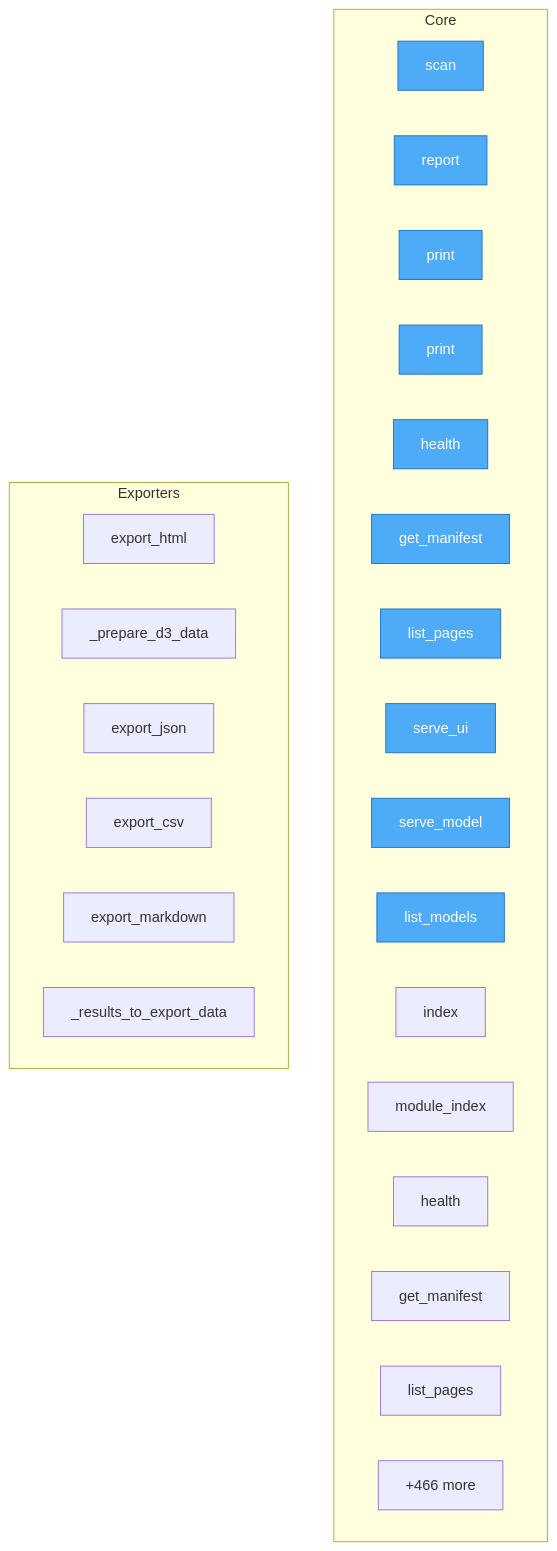
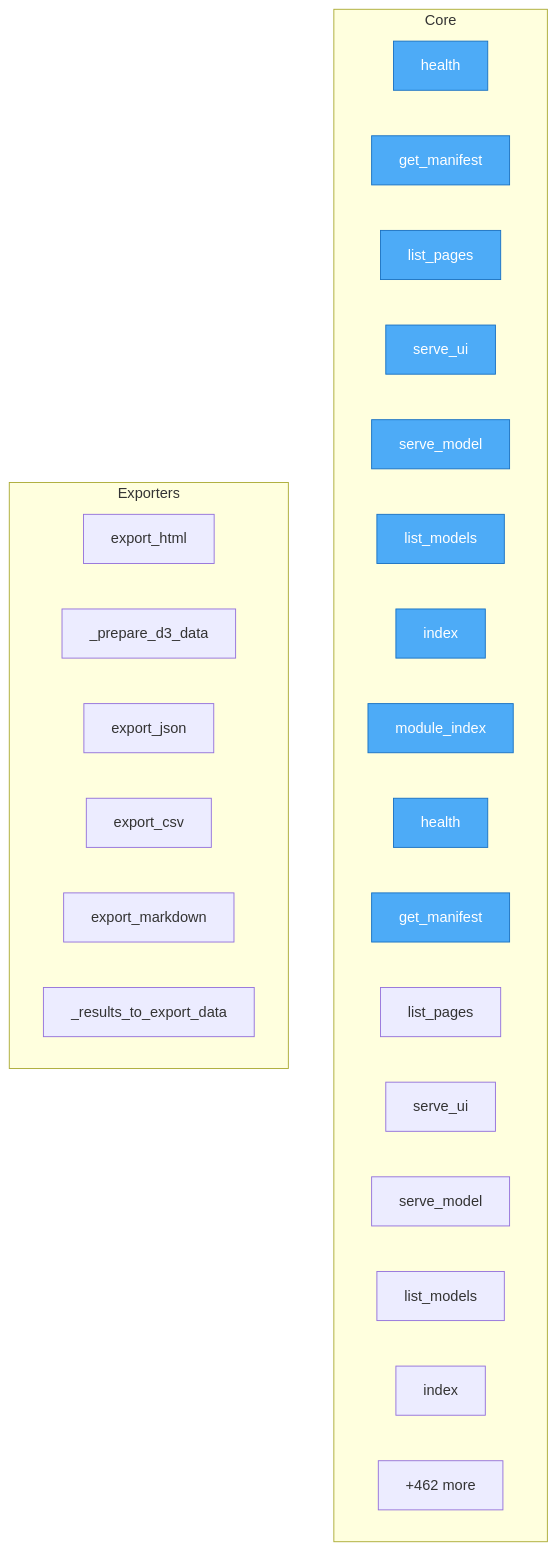
Before and after one commit to semcod/resplit: the diagram in project/flow.mmd, drawn with Mermaid. The commit also changed 94 other files, not shown here.

```diff
--- a/project/flow.mmd
+++ b/project/flow.mmd
@@ -1,35 +1,35 @@
 flowchart TD
 %% generated in 0.01s
 
     %% Entry points (blue)
     classDef entry fill:#4dabf7,stroke:#1971c2,color:#fff
 
     subgraph Core
-        docs__guide__plugins__scan["scan"]
-        docs__guide__plugins__report["report"]
-        docs__guide__plugins__print["print"]
-        docs__getting_started__configuration__print["print"]
         restored_c2004_health__api_health__backend__modules__connect_config_network__api__main__health["health"]
         restored_c2004_health__api_health__backend__modules__connect_config_network__api__main__get_manifest["get_manifest"]
         restored_c2004_health__api_health__backend__modules__connect_config_network__api__main__list_pages["list_pages"]
         restored_c2004_health__api_health__backend__modules__connect_config_network__api__main__serve_ui["serve_ui"]
         restored_c2004_health__api_health__backend__modules__connect_config_network__api__main__serve_model["serve_model"]
         restored_c2004_health__api_health__backend__modules__connect_config_network__api__main__list_models["list_models"]
         restored_c2004_health__api_health__backend__modules__connect_config_network__api__main__index["index"]
         restored_c2004_health__api_health__backend__modules__connect_config_network__api__main__module_index["module_index"]
         restored_c2004_health__api_health__backend__modules__connect_id_user_list__api__main__health["health"]
         restored_c2004_health__api_health__backend__modules__connect_id_user_list__api__main__get_manifest["get_manifest"]
         restored_c2004_health__api_health__backend__modules__connect_id_user_list__api__main__list_pages["list_pages"]
-        ...["+466 more"]
+        restored_c2004_health__api_health__backend__modules__connect_id_user_list__api__main__serve_ui["serve_ui"]
+        restored_c2004_health__api_health__backend__modules__connect_id_user_list__api__main__serve_model["serve_model"]
+        restored_c2004_health__api_health__backend__modules__connect_id_user_list__api__main__list_models["list_models"]
+        restored_c2004_health__api_health__backend__modules__connect_id_user_list__api__main__index["index"]
+        ...["+462 more"]
     end
 
     subgraph Exporters
         rebuild__analysis__graph_exporter__GraphExporter__export_html["export_html"]
         rebuild__analysis__graph_exporter__GraphExporter___prepare_d3_data["_prepare_d3_data"]
         rebuild__analysis__service_graph__MultiRepoAnalyzer__export_json["export_json"]
         rebuild__application__services__reporting__reporter__ReporterService__export_csv["export_csv"]
         rebuild__application__services__reporting__reporter__ReporterService__export_markdown["export_markdown"]
         rebuild__application__services__reporting__reporter__ReporterService___results_to_export_data["_results_to_export_data"]
     end
 
-    class docs__guide__plugins__scan,docs__guide__plugins__report,docs__guide__plugins__print,docs__getting_started__configuration__print,restored_c2004_health__api_health__backend__modules__connect_config_network__api__main__health,restored_c2004_health__api_health__backend__modules__connect_config_network__api__main__get_manifest,restored_c2004_health__api_health__backend__modules__connect_config_network__api__main__list_pages,restored_c2004_health__api_health__backend__modules__connect_config_network__api__main__serve_ui,restored_c2004_health__api_health__backend__modules__connect_config_network__api__main__serve_model,restored_c2004_health__api_health__backend__modules__connect_config_network__api__main__list_models entry
+    class restored_c2004_health__api_health__backend__modules__connect_config_network__api__main__health,restored_c2004_health__api_health__backend__modules__connect_config_network__api__main__get_manifest,restored_c2004_health__api_health__backend__modules__connect_config_network__api__main__list_pages,restored_c2004_health__api_health__backend__modules__connect_config_network__api__main__serve_ui,restored_c2004_health__api_health__backend__modules__connect_config_network__api__main__serve_model,restored_c2004_health__api_health__backend__modules__connect_config_network__api__main__list_models,restored_c2004_health__api_health__backend__modules__connect_config_network__api__main__index,restored_c2004_health__api_health__backend__modules__connect_config_network__api__main__module_index,restored_c2004_health__api_health__backend__modules__connect_id_user_list__api__main__health,restored_c2004_health__api_health__backend__modules__connect_id_user_list__api__main__get_manifest entry
```
